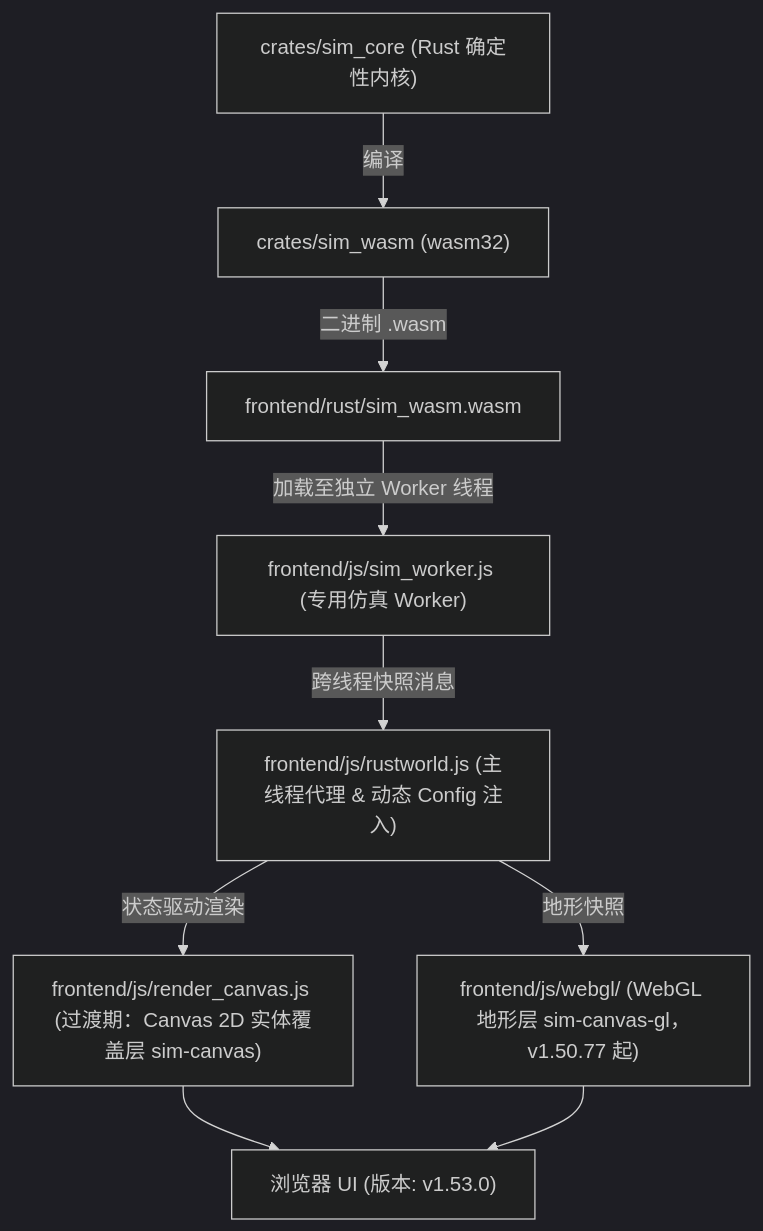
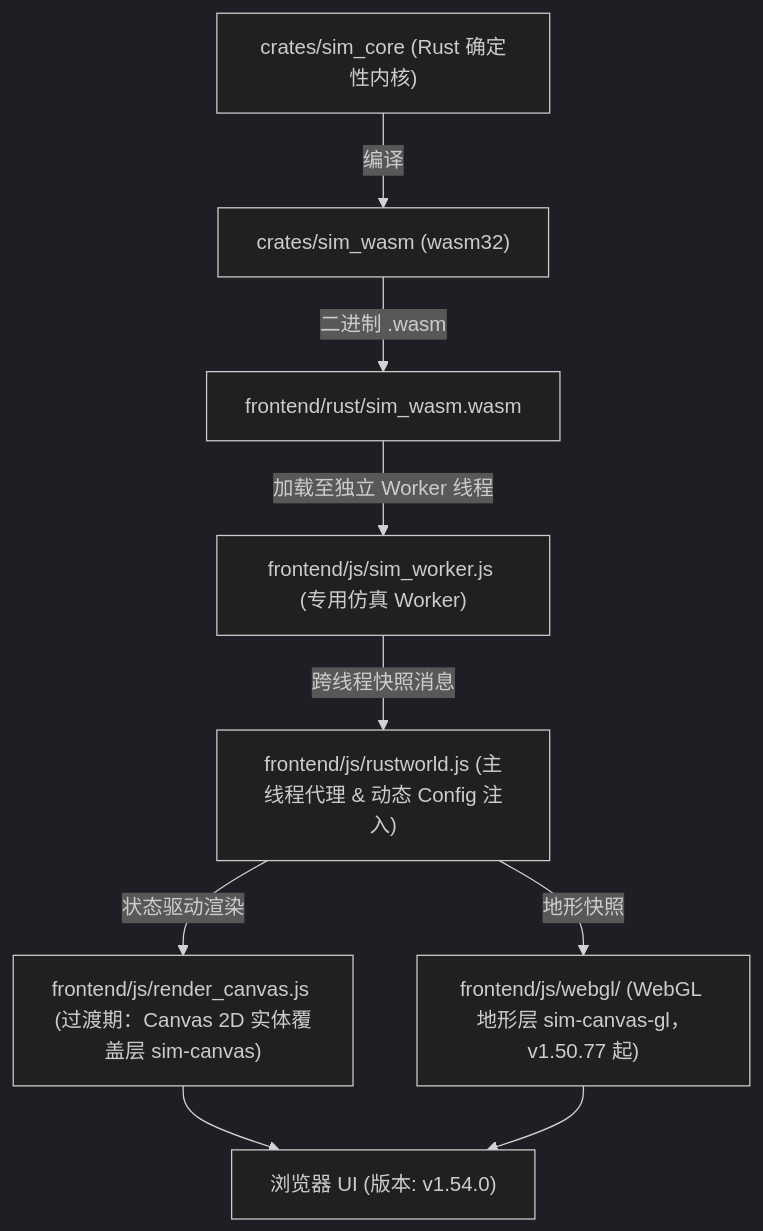
Before and after one commit to g39088902/FlowAndAccord: the diagram in AGENTS.md, drawn with Mermaid (dark theme). The commit also changed other lines of this file and 21 other files, not shown here.

````diff
--- a/AGENTS.md
+++ b/AGENTS.md
@@ -62,12 +62,12 @@
 ```mermaid
 graph TD
     A["crates/sim_core (Rust 确定性内核)"] -->|编译| B["crates/sim_wasm (wasm32)"]
     B -->|二进制 .wasm| C["frontend/rust/sim_wasm.wasm"]
     C -->|加载至独立 Worker 线程| D["frontend/js/sim_worker.js (专用仿真 Worker)"]
     D -->|跨线程快照消息| E["frontend/js/rustworld.js (主线程代理 & 动态 Config 注入)"]
     E -->|状态驱动渲染| F["frontend/js/render_canvas.js (过渡期：Canvas 2D 实体覆盖层 sim-canvas)"]
     E -->|地形快照| F2["frontend/js/webgl/ (WebGL 地形层 sim-canvas-gl，v1.50.77 起)"]
-    F --> G["浏览器 UI (版本: v1.53.0)"]
+    F --> G["浏览器 UI (版本: v1.54.0)"]
     F2 --> G
 
 ```
````
